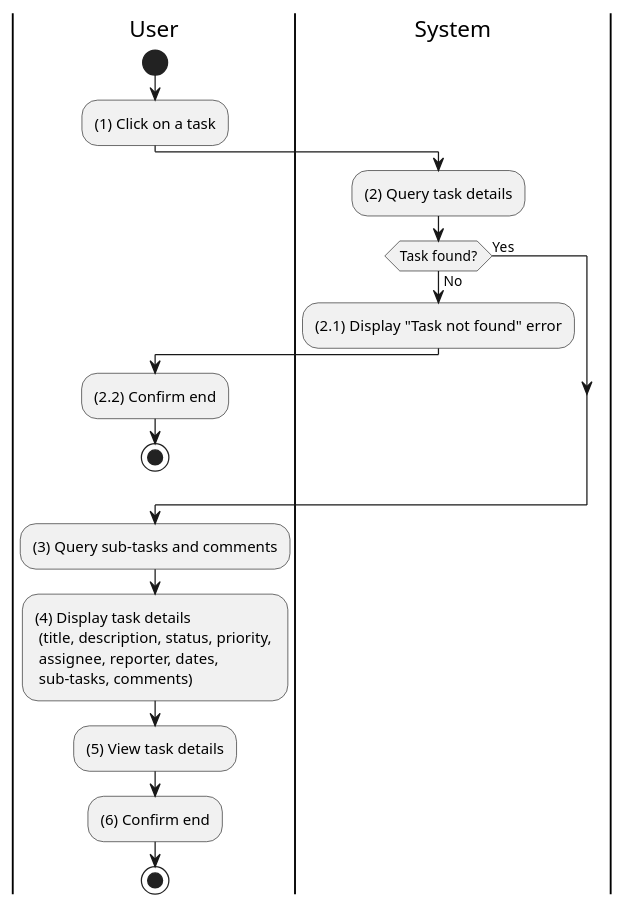
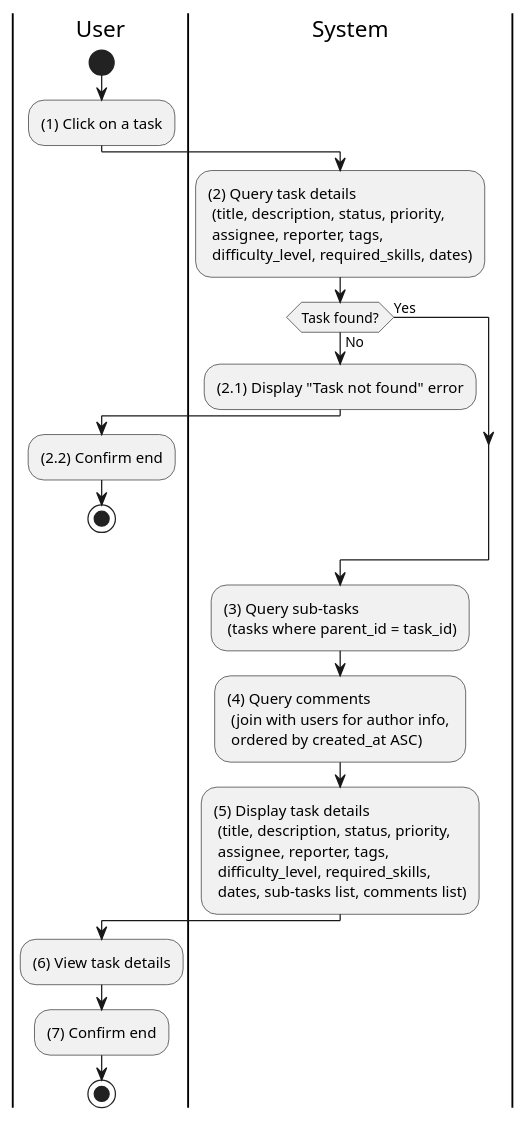
One commit to taskpilot-platform/taskpilot-platform.github.io changed the diagram in docs/docs/activity/task-management/view-task-details.md. Above: the diagram before and after it, drawn with PlantUML. The commit also changed 14 other files, not shown here.

First line of the commit message:
feat(activity): expand batch 2 activity diagrams to ~40-50 lines

````diff
--- a/docs/docs/activity/task-management/view-task-details.md
+++ b/docs/docs/activity/task-management/view-task-details.md
@@ -3,30 +3,32 @@
 ```plantuml
 @startuml
 |U|User
 |S|System
 
 |U|
 start
 :(1) Click on a task;
 
 |S|
-:(2) Query task details;
+:(2) Query task details \n (title, description, status, priority, \n assignee, reporter, tags, \n difficulty_level, required_skills, dates);
 
 if (Task found?) then (No)
   :(2.1) Display "Task not found" error;
   |U|
   :(2.2) Confirm end;
   stop
 else (Yes)
 endif
 
-:(3) Query sub-tasks and comments;
-:(4) Display task details \n (title, description, status, priority, \n assignee, reporter, dates, \n sub-tasks, comments);
+|S|
+:(3) Query sub-tasks \n (tasks where parent_id = task_id);
+:(4) Query comments \n (join with users for author info, \n ordered by created_at ASC);
+:(5) Display task details \n (title, description, status, priority, \n assignee, reporter, tags, \n difficulty_level, required_skills, \n dates, sub-tasks list, comments list);
 
 |U|
-:(5) View task details;
-:(6) Confirm end;
+:(6) View task details;
+:(7) Confirm end;
 
 stop
 @enduml
 ```
````
